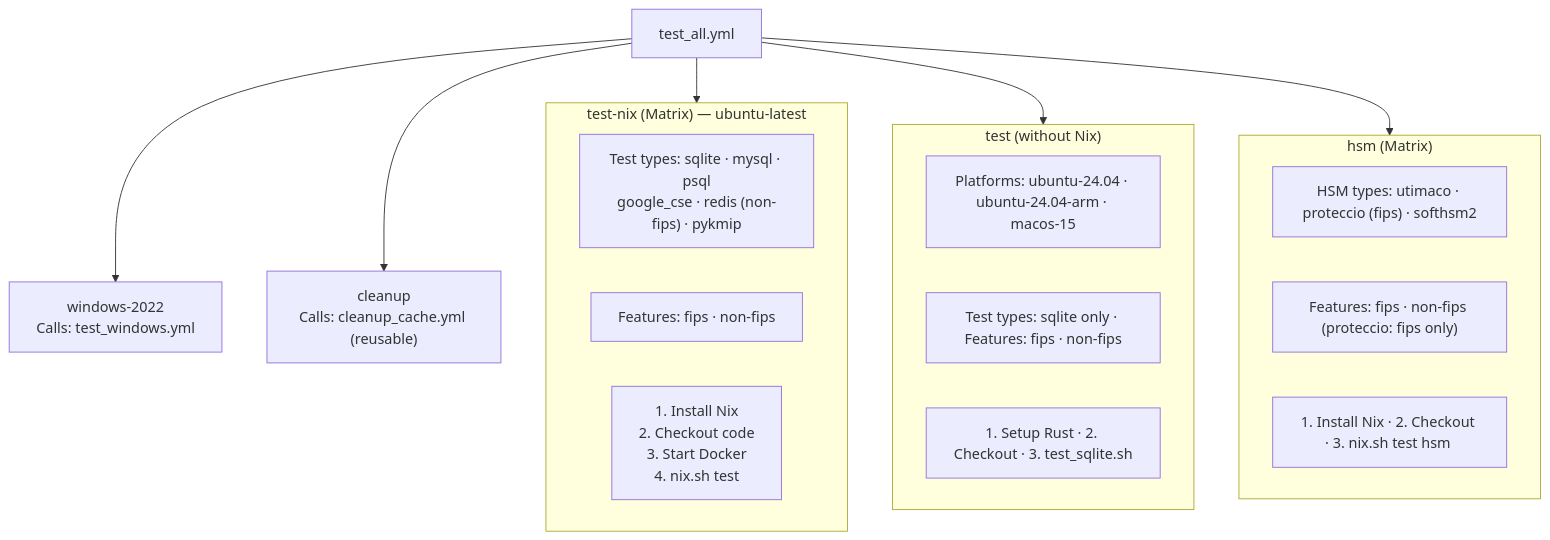
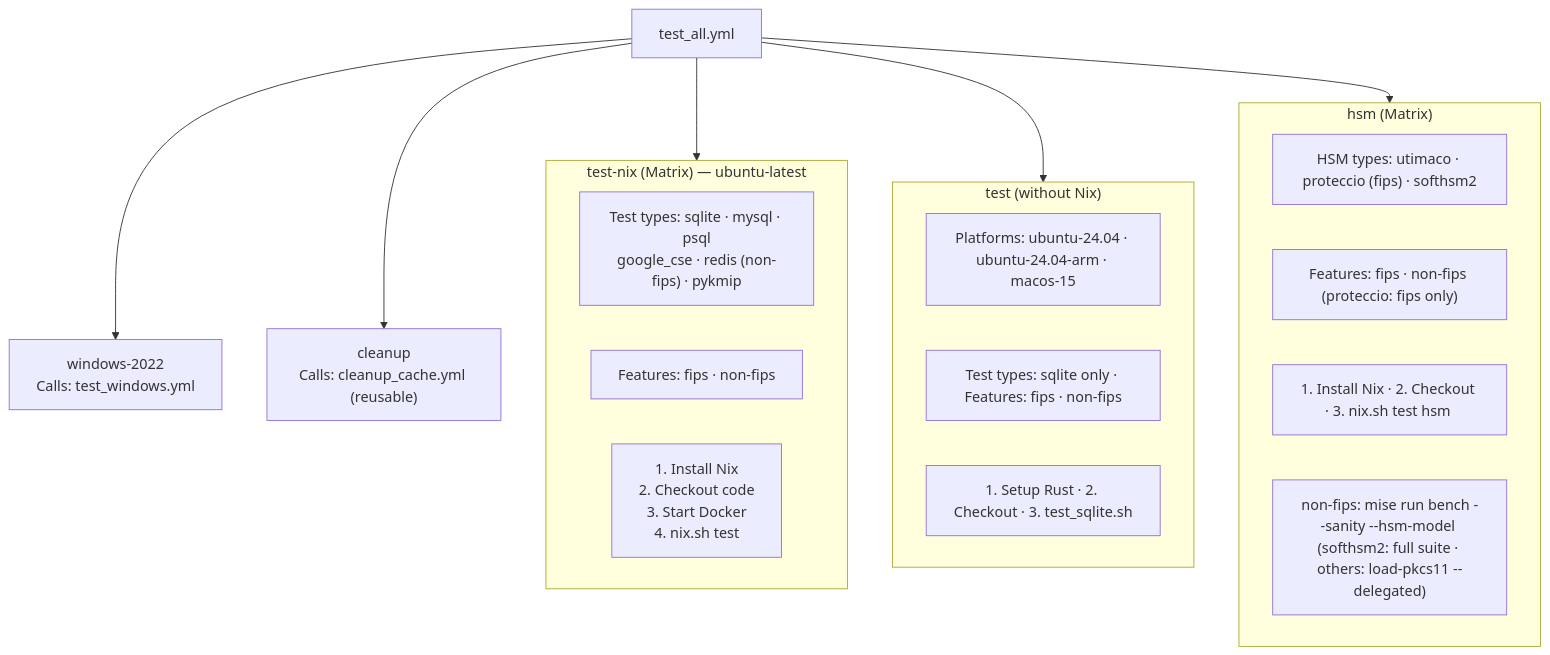
The fifth of 17 diagrams in .github/README_WORKFLOWS.md (Cosmian/kms), drawn with Mermaid before and after one commit. The commit also changed other lines of this file and 461 other files, not shown here.

````diff
--- a/.github/README_WORKFLOWS.md
+++ b/.github/README_WORKFLOWS.md
@@ -91,22 +91,23 @@
 ```mermaid
 flowchart TB
     test_all["test_all.yml"]
     subgraph nix_matrix["test-nix (Matrix) — ubuntu-latest"]
         nix_types["Test types: sqlite · mysql · psql<br/>google_cse · redis (non-fips) · pykmip"]
         nix_feat["Features: fips · non-fips"]
         nix_steps["1. Install Nix<br/>2. Checkout code<br/>3. Start Docker<br/>4. nix.sh test <type>"]
     end
     subgraph nonix["test (without Nix)"]
         nonix_plat["Platforms: ubuntu-24.04 · ubuntu-24.04-arm · macos-15"]
         nonix_types["Test types: sqlite only · Features: fips · non-fips"]
         nonix_steps["1. Setup Rust · 2. Checkout · 3. test_sqlite.sh"]
     end
     subgraph hsm_matrix["hsm (Matrix)"]
         hsm_types["HSM types: utimaco · proteccio (fips) · softhsm2"]
         hsm_feat["Features: fips · non-fips (proteccio: fips only)"]
         hsm_steps["1. Install Nix · 2. Checkout · 3. nix.sh test hsm <type>"]
+        hsm_bench["non-fips: mise run bench --sanity --hsm-model <type><br/>(softhsm2: full suite · others: load-pkcs11 --delegated)"]
     end
     win["windows-2022<br/>Calls: test_windows.yml"]
     clean["cleanup<br/>Calls: cleanup_cache.yml (reusable)"]
     test_all --> nix_matrix & nonix & hsm_matrix & win & clean
 ```
````
